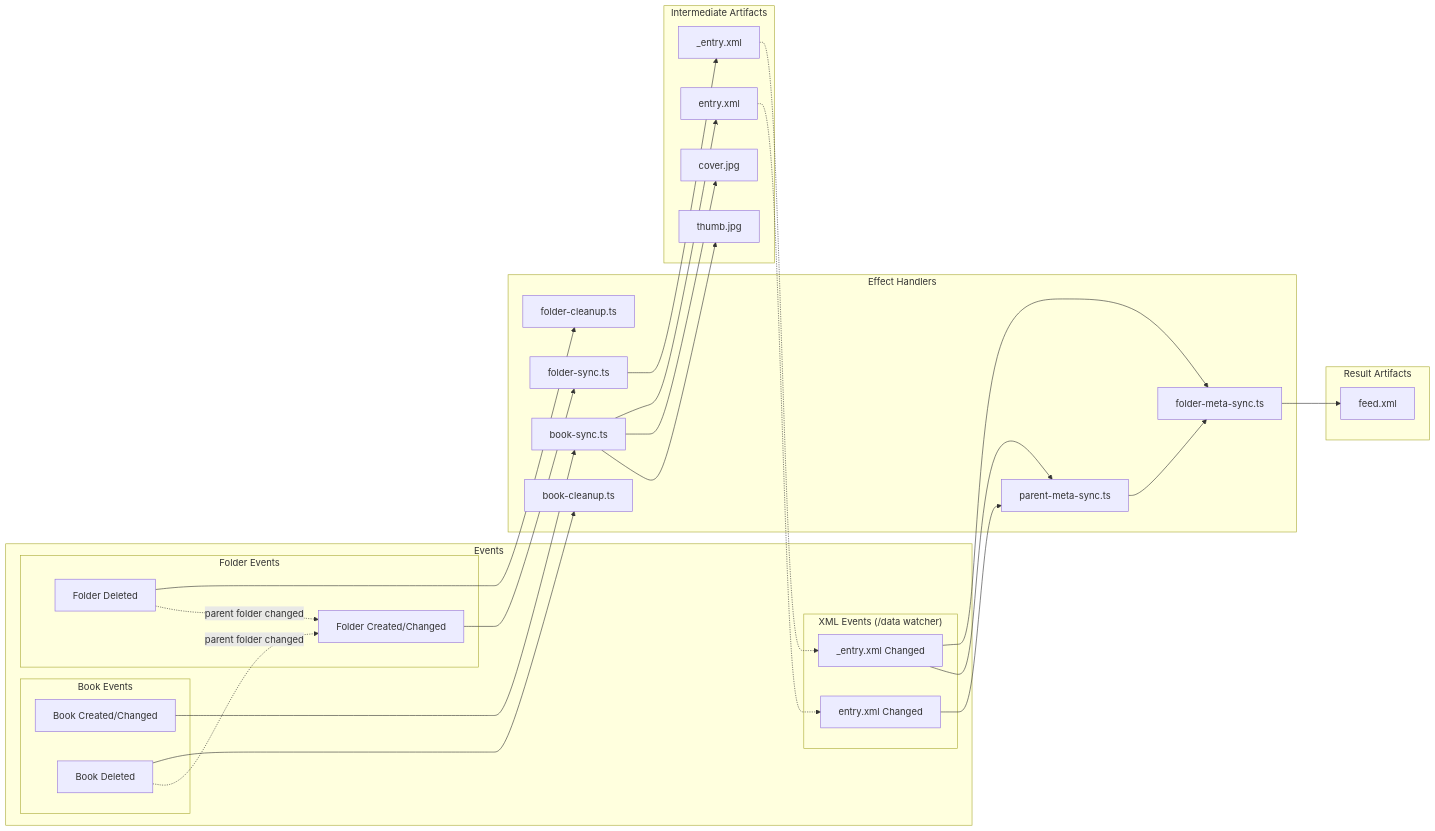
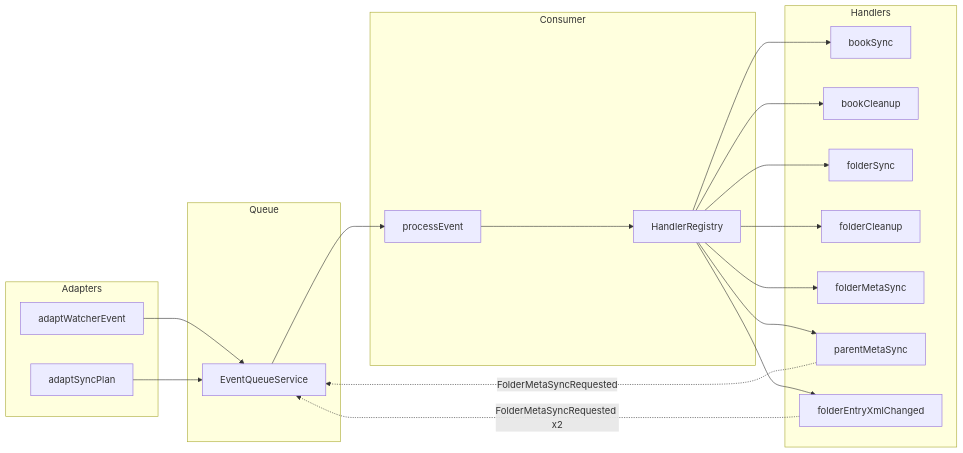
One commit to Seigiard/opds-generator changed the first of 2 diagrams in ARCHITECTURE.md. Above: the diagram before and after it, drawn with Mermaid. The commit also changed other lines of this file and 2 other files, not shown here.

Commit message:
Update docs for layered DI architecture

````diff
--- a/ARCHITECTURE.md
+++ b/ARCHITECTURE.md
@@ -87,62 +106,34 @@
 ```mermaid
 flowchart LR
-    subgraph Events
-      subgraph BookEvents["Book Events"]
-          BA[Book Created/Changed]
-          BD[Book Deleted]
-      end
-
-      subgraph FolderEvents["Folder Events"]
-          FA[Folder Created/Changed]
-          FD[Folder Deleted]
-      end
-
-      subgraph XMLEvents["XML Events (/data watcher)"]
-          BX[entry.xml Changed]
-          FX[_entry.xml Changed]
-      end
+    subgraph Adapters
+        WA[adaptWatcherEvent]
+        SA[adaptSyncPlan]
     end
 
-    subgraph Handlers["Effect Handlers"]
-        BS[book-sync.ts]
-        BC[book-cleanup.ts]
-        FS[folder-sync.ts]
-        FC[folder-cleanup.ts]
-        FMS[folder-meta-sync.ts]
-        PMS[parent-meta-sync.ts]
+    subgraph Queue
+        Q[EventQueueService]
     end
 
-    subgraph Artifacts["Intermediate Artifacts"]
-        E[entry.xml]
-        UE[_entry.xml]
-        C[cover.jpg]
-        T[thumb.jpg]
+    subgraph Consumer
+        C[processEvent]
+        HR[HandlerRegistry]
     end
 
-    subgraph Result["Result Artifacts"]
-        F[feed.xml]
+    subgraph Handlers
+        BS[bookSync]
+        BC[bookCleanup]
+        FS[folderSync]
+        FC[folderCleanup]
+        FMS[folderMetaSync]
+        PMS[parentMetaSync]
+        FEXC[folderEntryXmlChanged]
     end
 
-    BA --> BS
-    BD --> BC
-    FA --> FS
-    FD --> FC
-
-    BS --> E
-    BS --> C
-    BS --> T
-    FS --> UE
-
-    BD -.->|parent folder changed| FA
-    FD -.->|parent folder changed| FA
-
-    E -.-> BX
-    UE -.-> FX
-
-    BX --> PMS
-    FX --> FMS
-    FX --> PMS
-
-    FMS --> F
-    PMS --> FMS
+    WA --> Q
+    SA --> Q
+    Q --> C
+    C --> HR
+    HR --> BS & BC & FS & FC & FMS & PMS & FEXC
+    PMS -.->|FolderMetaSyncRequested| Q
+    FEXC -.->|FolderMetaSyncRequested x2| Q
 ```
````
